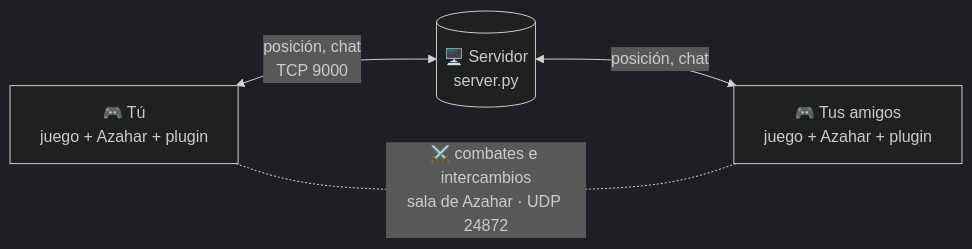
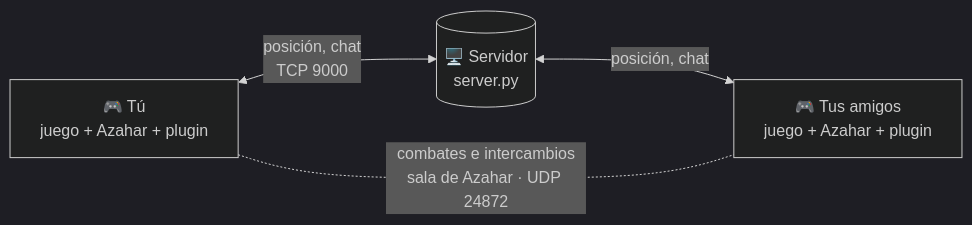
The diagram in README_ES.md (SamuTecYT/ORAS-MMO), drawn with Mermaid (dark theme) before and after one commit. The commit also changed 1 other file, not shown here.

Commit message:
Docs: fix a clipped label in the diagram

````diff
--- a/README_ES.md
+++ b/README_ES.md
@@ -100,6 +100,6 @@
 ```mermaid
 flowchart LR
     A["🎮 Tú<br/>juego + Azahar + plugin"] <-->|"posición, chat<br/>TCP 9000"| S[("🖥️ Servidor<br/>server.py")]
     S <-->|"posición, chat"| B["🎮 Tus amigos<br/>juego + Azahar + plugin"]
-    A -.-|"⚔️ combates e intercambios<br/>sala de Azahar · UDP 24872"| B
+    A -.-|"combates e intercambios<br/>sala de Azahar · UDP 24872"| B
 ```
````
